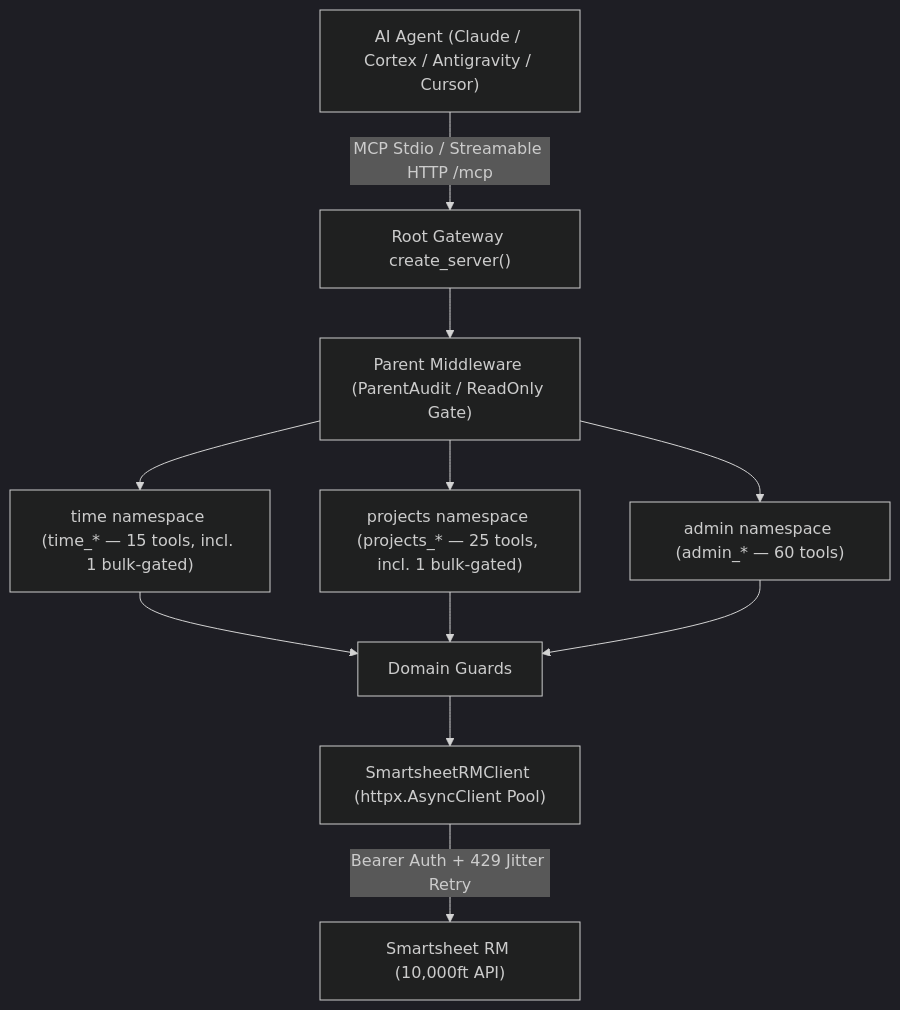
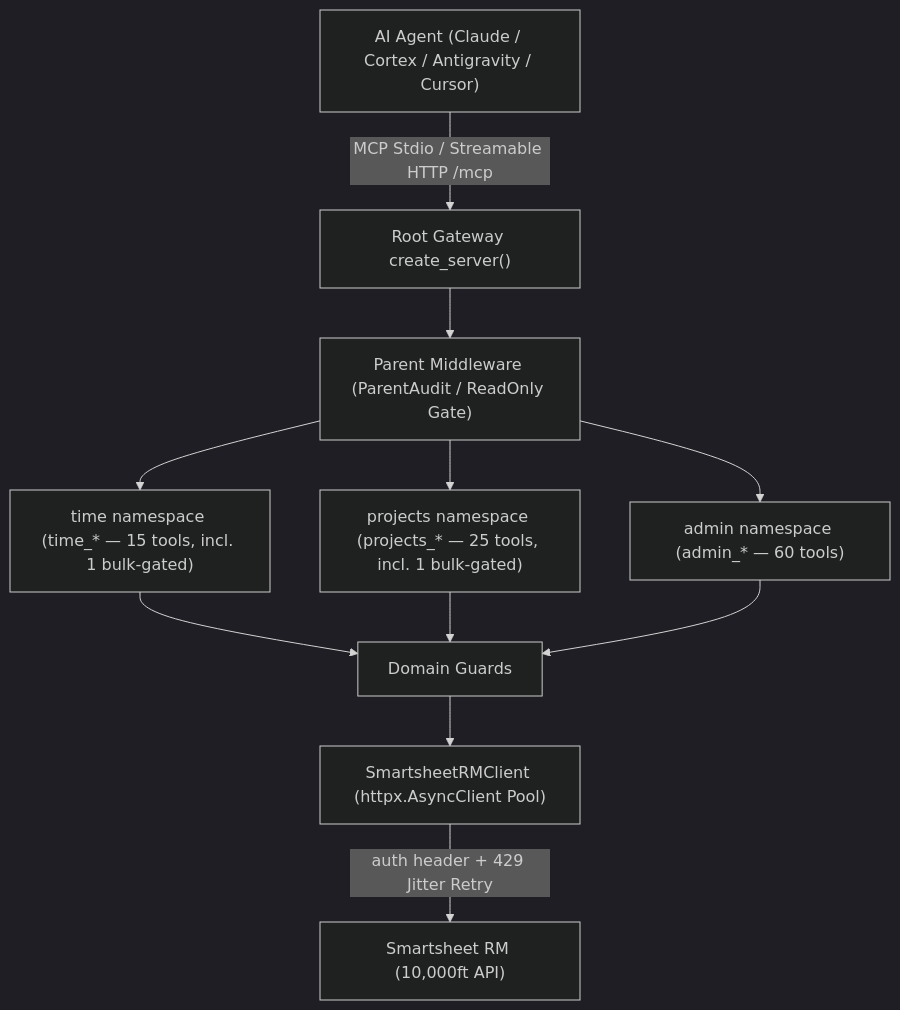
Before and after one commit to christianclaudio/mcp-server-smartsheet-rm: the diagram in README.md, drawn with Mermaid (dark theme). The commit also changed other lines of this file and 6 other files, not shown here.

````diff
--- a/README.md
+++ b/README.md
@@ -18,13 +18,13 @@
 ```mermaid
 graph TD
     Client["AI Agent (Claude / Cortex / Antigravity / Cursor)"] -->|"MCP Stdio / Streamable HTTP /mcp"| Server["Root Gateway create_server()"]
     Server --> Middle["Parent Middleware (ParentAudit / ReadOnly Gate)"]
     Middle --> SubTime["time namespace (time_* — 15 tools, incl. 1 bulk-gated)"]
     Middle --> SubProj["projects namespace (projects_* — 25 tools, incl. 1 bulk-gated)"]
     Middle --> SubAdmin["admin namespace (admin_* — 60 tools)"]
     SubTime --> Guards["Domain Guards"]
     SubProj --> Guards
     SubAdmin --> Guards
     Guards --> ClientPool["SmartsheetRMClient (httpx.AsyncClient Pool)"]
-    ClientPool -->|"Bearer Auth + 429 Jitter Retry"| API["Smartsheet RM (10,000ft API)"]
+    ClientPool -->|"auth header + 429 Jitter Retry"| API["Smartsheet RM (10,000ft API)"]
 ```
````
